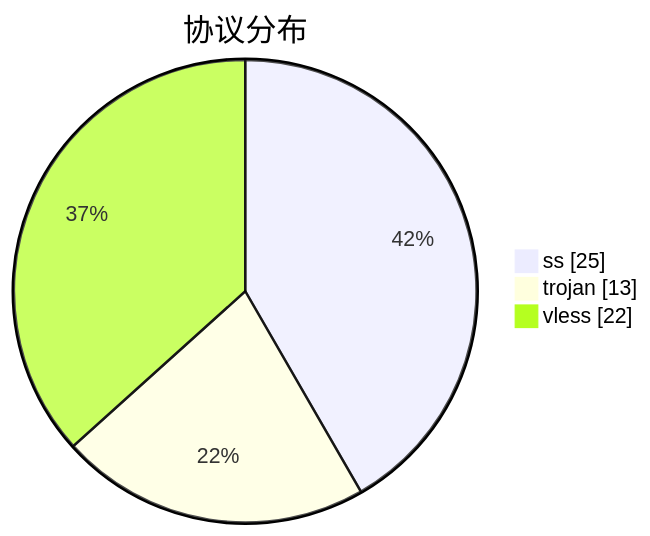
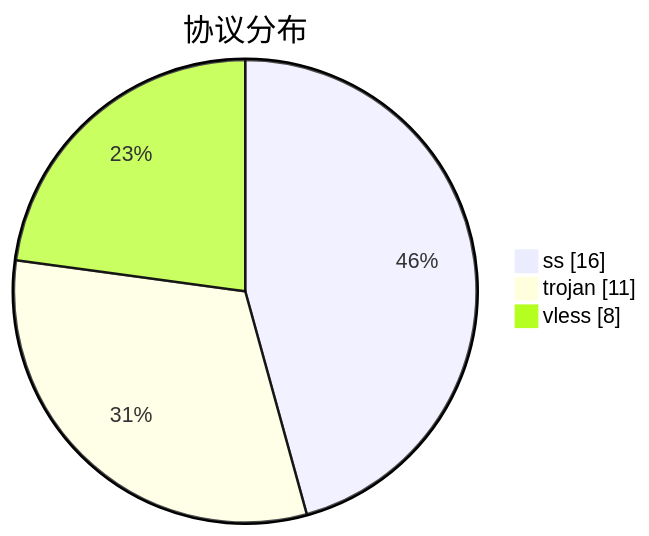
Before and after one commit to qjlxg/airport: the third of 3 diagrams in subs/statistics/tested_within.md, drawn with Mermaid. The commit also changed other lines of this file and 2 other files, not shown here.

````diff
--- a/subs/statistics/tested_within.md
+++ b/subs/statistics/tested_within.md
@@ -25,7 +24,7 @@
 ```mermaid
 pie showData
 title 协议分布
-"ss" : 25
-"trojan" : 13
-"vless" : 22
+"ss" : 16
+"trojan" : 11
+"vless" : 8
 ```
````
